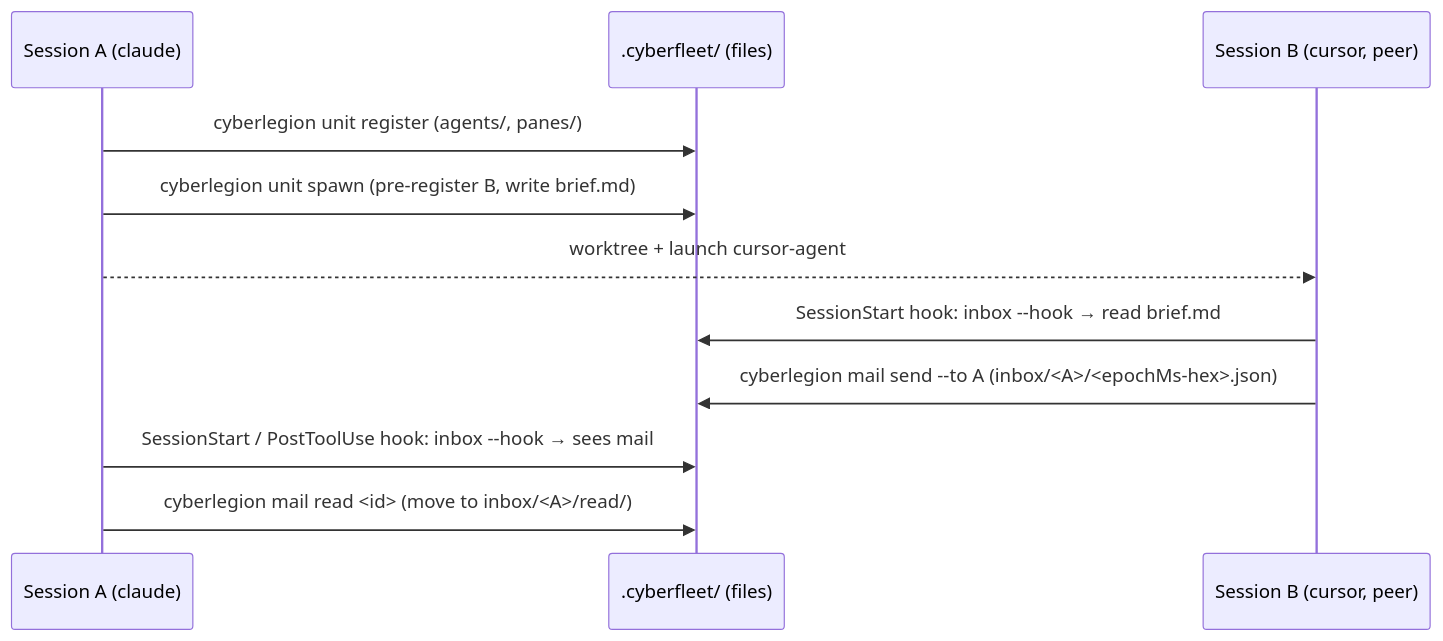
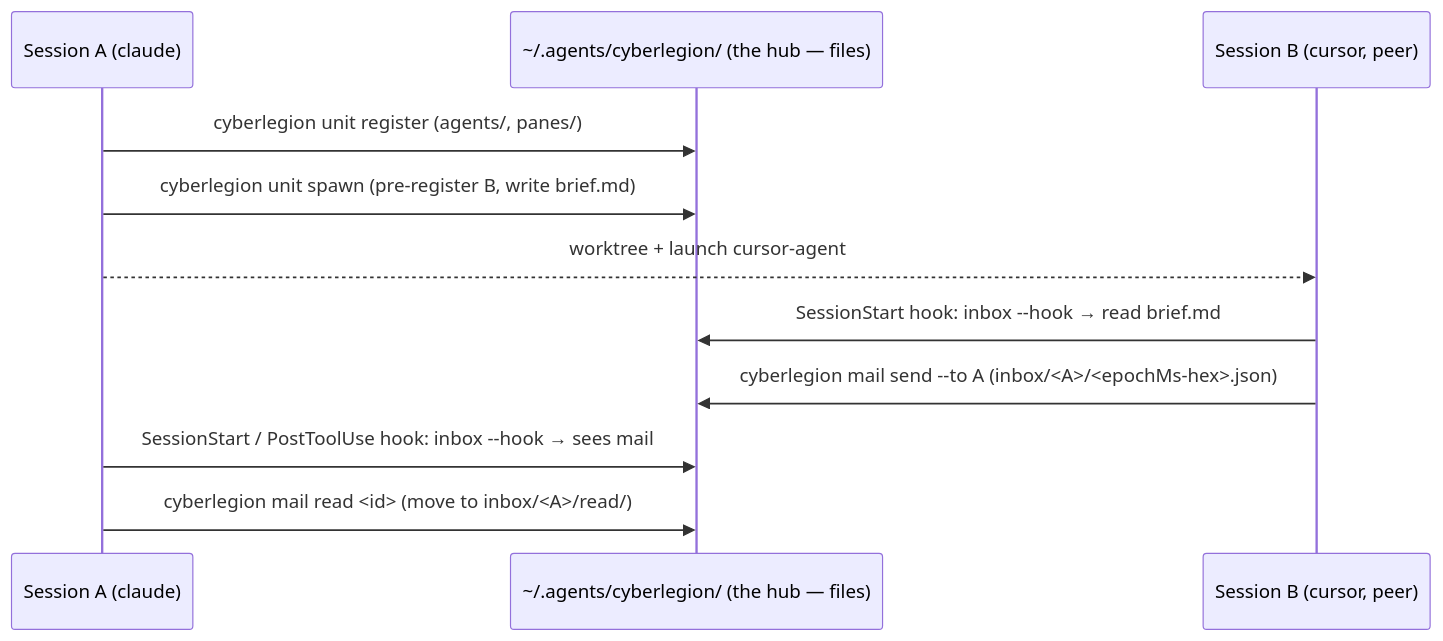
The diagram in .agents/specs/cyberfleet-plugin/README.md (cyberuni/cyberfleet), drawn with Mermaid before and after one commit. The commit also changed other lines of this file and 21 other files, not shown here.

````diff
--- a/.agents/specs/cyberfleet-plugin/README.md
+++ b/.agents/specs/cyberfleet-plugin/README.md
@@ -19,13 +22,13 @@
 ```mermaid
 sequenceDiagram
     participant A as Session A (claude)
-    participant FS as .cyberfleet/ (files)
+    participant FS as ~/.agents/cyberlegion/ (the hub — files)
     participant B as Session B (cursor, peer)
     A->>FS: cyberlegion unit register (agents/, panes/)
     A->>FS: cyberlegion unit spawn (pre-register B, write brief.md)
     A-->>B: worktree + launch cursor-agent
     B->>FS: SessionStart hook: inbox --hook → read brief.md
     B->>FS: cyberlegion mail send --to A (inbox/<A>/<epochMs-hex>.json)
     A->>FS: SessionStart / PostToolUse hook: inbox --hook → sees mail
     A->>FS: cyberlegion mail read <id> (move to inbox/<A>/read/)
 ```
````
